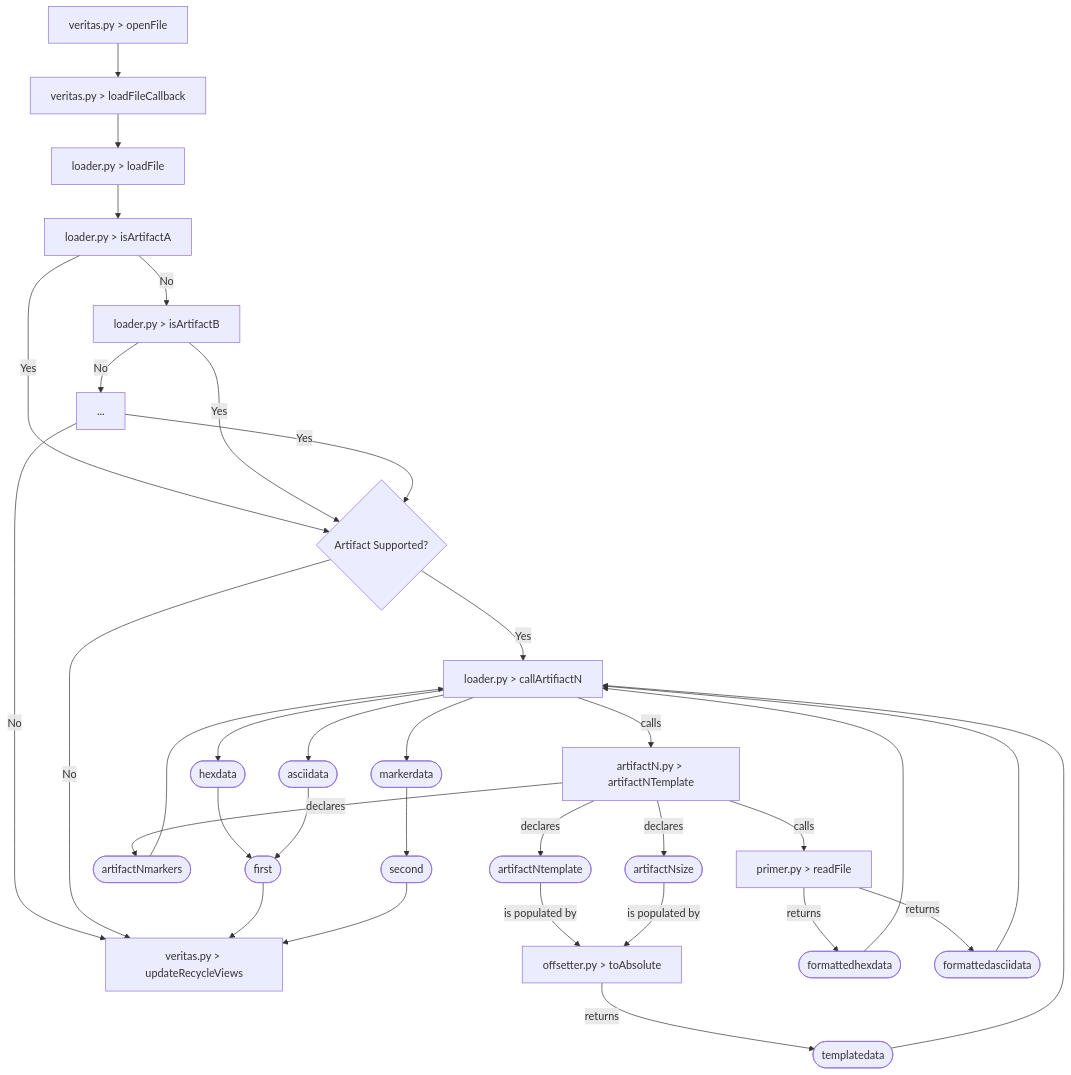
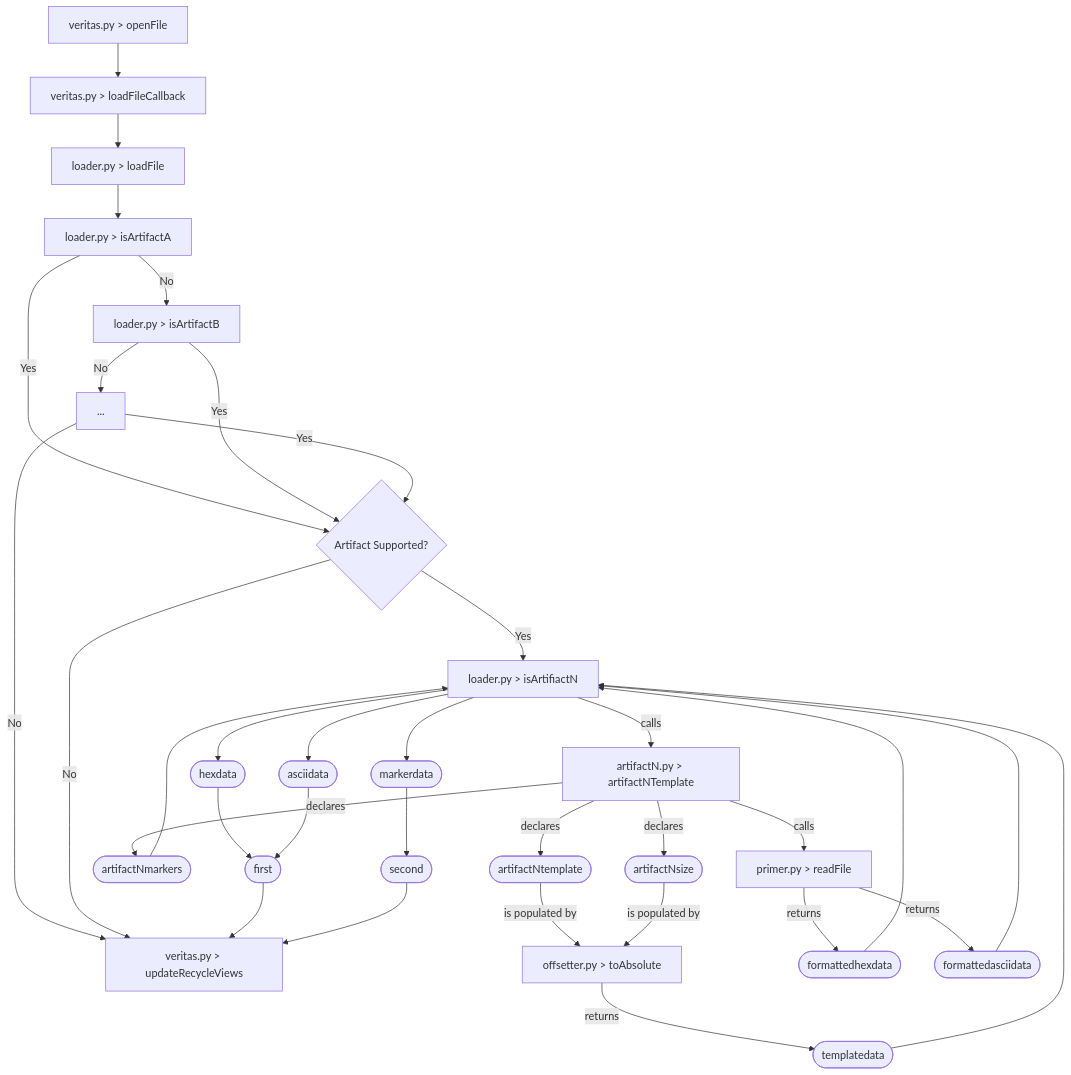
Before and after one commit to nisargsuthar/VeritasDocs: the diagram in docs/Flow.md, drawn with Mermaid. The commit also changed other lines of this file, not shown here.

````diff
--- a/docs/Flow.md
+++ b/docs/Flow.md
@@ -6,43 +6,43 @@
 ``` mermaid
 graph TD
 of[veritas.py > openFile] --> lfcb[veritas.py > loadFileCallback];
 
 lfcb[veritas.py > loadFileCallback] --> lf[loader.py > loadFile];
 lf[loader.py > loadFile] --> aa[loader.py > isArtifactA];
 aa[loader.py > isArtifactA] -->|No| ab[loader.py > isArtifactB];
 ab[loader.py > isArtifactB] -->|No| others[...];
 aa[loader.py > isArtifactA] -->|Yes| as{Artifact Supported?};
 ab[loader.py > isArtifactB] -->|Yes| as{Artifact Supported?};
 
 others[...] -->|No| urv[veritas.py > updateRecycleViews];
 others[...] -->|Yes| as{Artifact Supported?};
 as{Artifact Supported?} -->|No| urv[veritas.py > updateRecycleViews];
-as{Artifact Supported?} -->|Yes| can[loader.py > callArtifiactN];
-can[loader.py > callArtifiactN] -->|calls| ant[artifactN.py > artifactNTemplate];
+as{Artifact Supported?} -->|Yes| an[loader.py > isArtifiactN];
+an[loader.py > isArtifiactN] -->|calls| ant[artifactN.py > artifactNTemplate];
 
 ant[artifactN.py > artifactNTemplate] --> |declares| template([artifactNtemplate]);
 ant[artifactN.py > artifactNTemplate] --> |declares| size([artifactNsize]);
 ant[artifactN.py > artifactNTemplate] --> |declares| markers([artifactNmarkers]);
 
 template([artifactNtemplate]) --> |is populated by| abs[offsetter.py > toAbsolute];
 size([artifactNsize]) --> |is populated by| abs[offsetter.py > toAbsolute];
 abs[offsetter.py > toAbsolute] --> |returns| tdata([templatedata]);
-tdata([templatedata]) -->  can[loader.py > callArtifiactN];
-markers([artifactNmarkers]) --> can[loader.py > callArtifiactN];
+tdata([templatedata]) -->  an[loader.py > isArtifiactN];
+markers([artifactNmarkers]) --> an[loader.py > isArtifiactN];
 
 ant[artifactN.py > artifactNTemplate] --> |calls| rf[primer.py > readFile];
 rf[primer.py > readFile] --> |returns| fhd([formattedhexdata]);
 rf[primer.py > readFile] --> |returns| fad([formattedasciidata]);
 
-fhd([formattedhexdata]) --> can[loader.py > callArtifiactN];
-fad([formattedasciidata]) --> can[loader.py > callArtifiactN];
+fhd([formattedhexdata]) --> an[loader.py > isArtifiactN];
+fad([formattedasciidata]) --> an[loader.py > isArtifiactN];
 
-can[loader.py > callArtifiactN] --> hd([hexdata]);
-can[loader.py > callArtifiactN] --> ad([asciidata]);
-can[loader.py > callArtifiactN] --> md([markerdata]);
+an[loader.py > isArtifiactN] --> hd([hexdata]);
+an[loader.py > isArtifiactN] --> ad([asciidata]);
+an[loader.py > isArtifiactN] --> md([markerdata]);
 hd([hexdata]) --> f([first]);
 ad([asciidata]) --> f([first]);
 md([markerdata]) --> s([second]);
 f([first]) --> urv[veritas.py > updateRecycleViews];
 s([second]) --> urv[veritas.py > updateRecycleViews];
 ```
````
